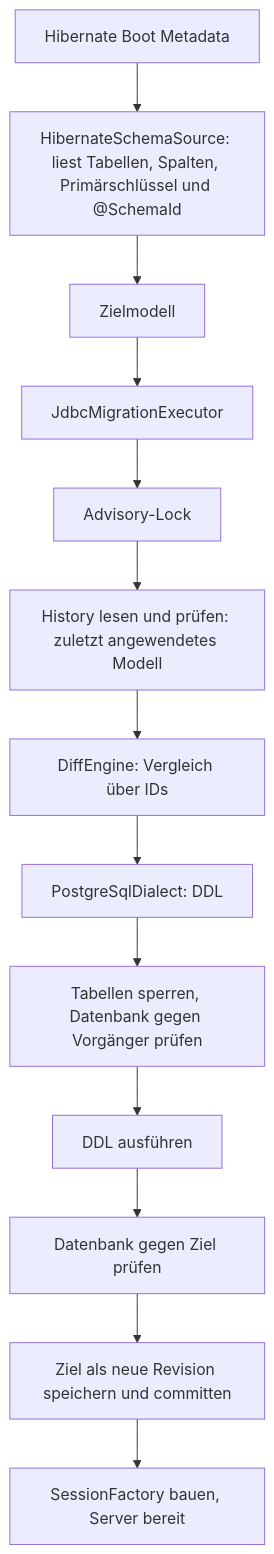
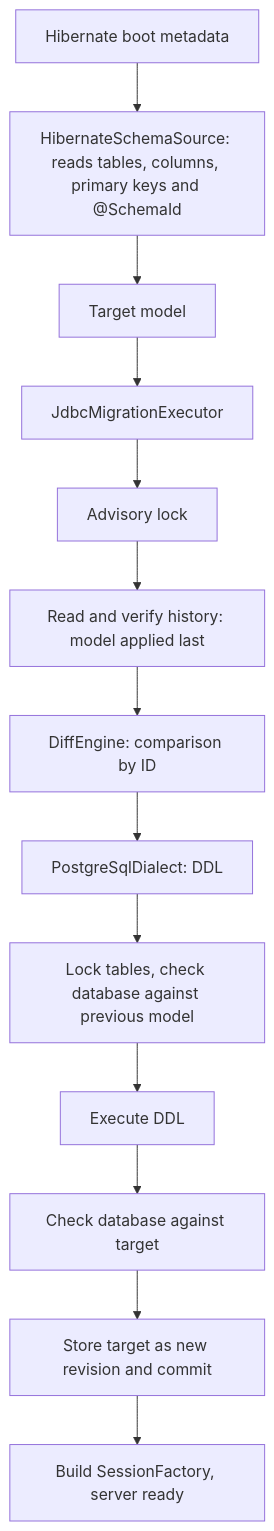
The diagram in docs/architecture.md (anjunar/hibernate-ddl-manager), drawn with Mermaid before and after one commit. The commit also changed other lines of this file and 2 other files, not shown here.

````diff
--- a/docs/architecture.md
+++ b/docs/architecture.md
@@ -9,15 +9,15 @@
 ```mermaid
 flowchart TD
-    H[Hibernate Boot Metadata] --> R[HibernateSchemaSource: liest Tabellen, Spalten, Primärschlüssel und @SchemaId]
-    R --> D[Zielmodell]
+    H[Hibernate boot metadata] --> R[HibernateSchemaSource: reads tables, columns, primary keys and @SchemaId]
+    R --> D[Target model]
     D --> EX[JdbcMigrationExecutor]
-    EX --> LOCK[Advisory-Lock]
-    LOCK --> HIST[History lesen und prüfen: zuletzt angewendetes Modell]
-    HIST --> DIFF[DiffEngine: Vergleich über IDs]
+    EX --> LOCK[Advisory lock]
+    LOCK --> HIST[Read and verify history: model applied last]
+    HIST --> DIFF[DiffEngine: comparison by ID]
     DIFF --> SQL[PostgreSqlDialect: DDL]
-    SQL --> PRE[Tabellen sperren, Datenbank gegen Vorgänger prüfen]
-    PRE --> DDL[DDL ausführen]
-    DDL --> POST[Datenbank gegen Ziel prüfen]
-    POST --> REC[Ziel als neue Revision speichern und committen]
-    REC --> SF[SessionFactory bauen, Server bereit]
+    SQL --> PRE[Lock tables, check database against previous model]
+    PRE --> DDL[Execute DDL]
+    DDL --> POST[Check database against target]
+    POST --> REC[Store target as new revision and commit]
+    REC --> SF[Build SessionFactory, server ready]
 ```
````
